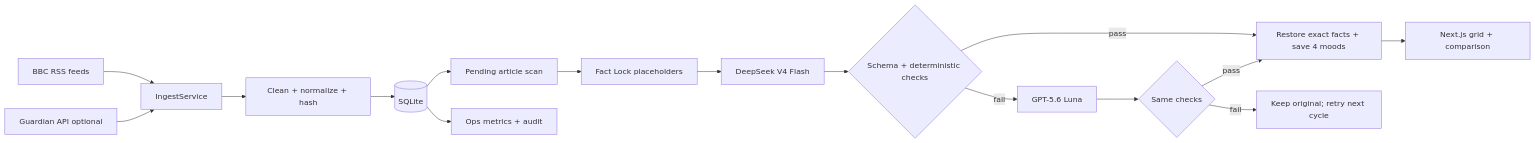
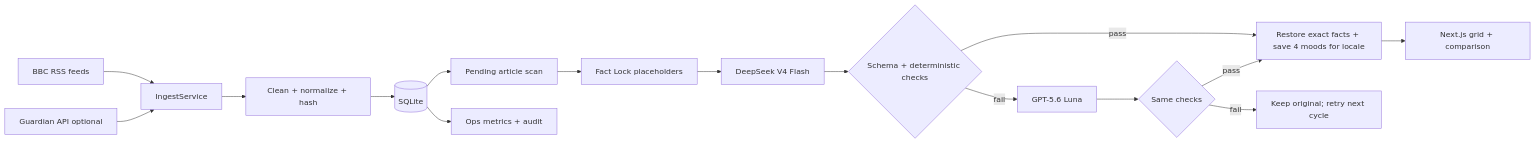
Before and after one commit to alexdali/mood-news: the diagram in README.md, drawn with Mermaid. The commit also changed other lines of this file and 70 other files, not shown here.

````diff
--- a/README.md
+++ b/README.md
@@ -102,18 +106,18 @@
 ```mermaid
 flowchart LR
   BBC[BBC RSS feeds] --> INGEST[IngestService]
   GUA[Guardian API optional] --> INGEST
   INGEST --> NORM[Clean + normalize + hash]
   NORM --> DB[(SQLite)]
   DB --> PENDING[Pending article scan]
   PENDING --> LOCK[Fact Lock placeholders]
   LOCK --> DS[DeepSeek V4 Flash]
   DS --> GATE{Schema + deterministic checks}
-  GATE -- pass --> SAVE[Restore exact facts + save 4 moods]
+  GATE -- pass --> SAVE[Restore exact facts + save 4 moods for locale]
   GATE -- fail --> LUNA[GPT-5.6 Luna]
   LUNA --> GATE2{Same checks}
   GATE2 -- pass --> SAVE
   GATE2 -- fail --> KEEP[Keep original; retry next cycle]
   SAVE --> WEB[Next.js grid + comparison]
   DB --> OPS[Ops metrics + audit]
 ```
````
